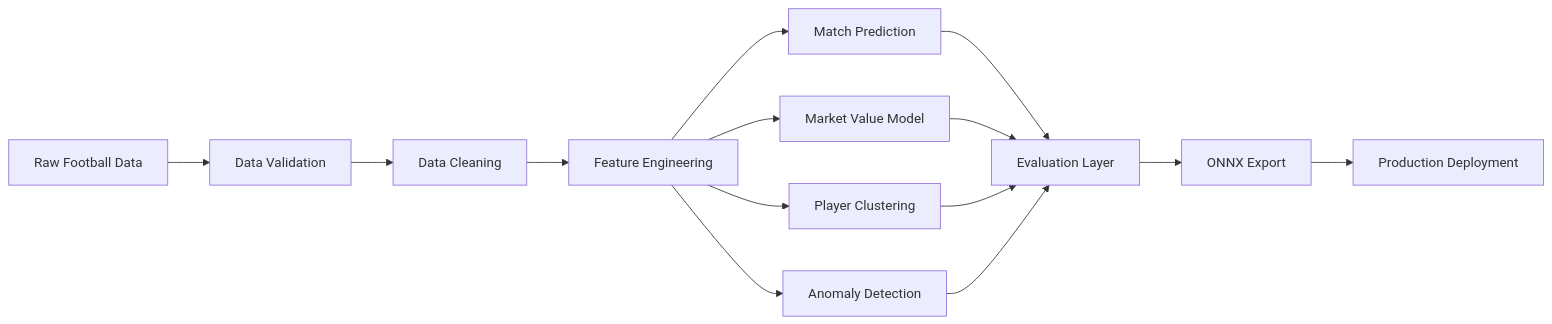
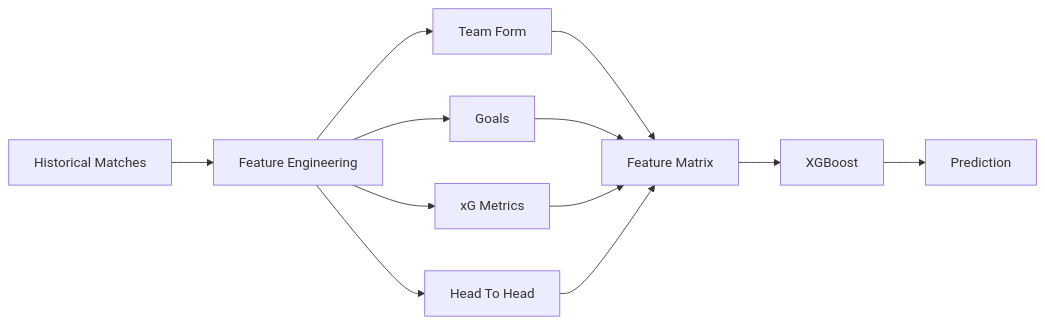
The first of 9 diagrams in README.md (sai-ganesh-4539/StatVault), drawn with Mermaid before and after one commit. The commit also changed other lines of this file, not shown here.

````diff
--- a/README.md
+++ b/README.md
@@ -50,25 +3,23 @@
 ```mermaid
 flowchart LR
 
-A[Raw Football Data]
+A[Historical Matches]
+--> B[Feature Engineering]
 
-A --> B[Data Validation]
+B --> C[Team Form]
 
-B --> C[Data Cleaning]
+B --> D[Goals]
 
-C --> D[Feature Engineering]
+B --> E[xG Metrics]
 
-D --> E[Match Prediction]
-D --> F[Market Value Model]
-D --> G[Player Clustering]
-D --> H[Anomaly Detection]
+B --> F[Head To Head]
 
-E --> I[Evaluation Layer]
-F --> I
-G --> I
-H --> I
+C --> G[Feature Matrix]
+D --> G
+E --> G
+F --> G
 
-I --> J[ONNX Export]
+G --> H[XGBoost]
 
-J --> K[Production Deployment]
+H --> I[Prediction]
 ```
````
